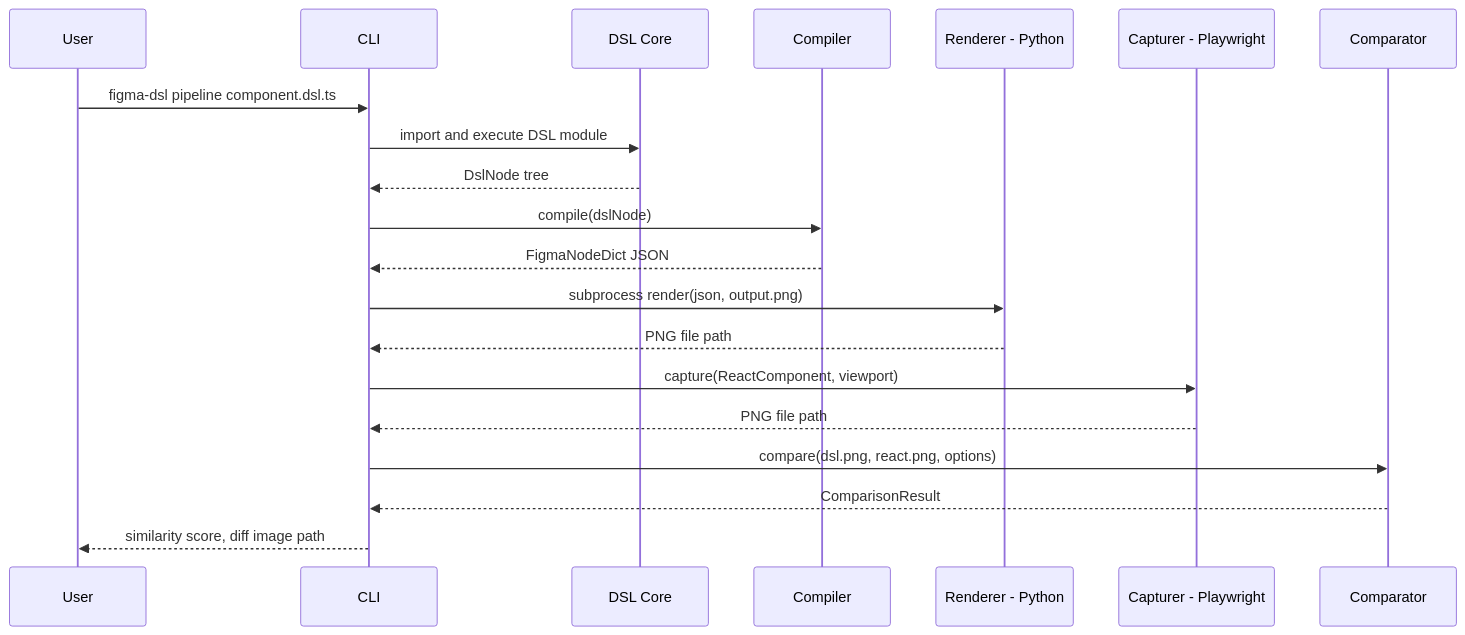
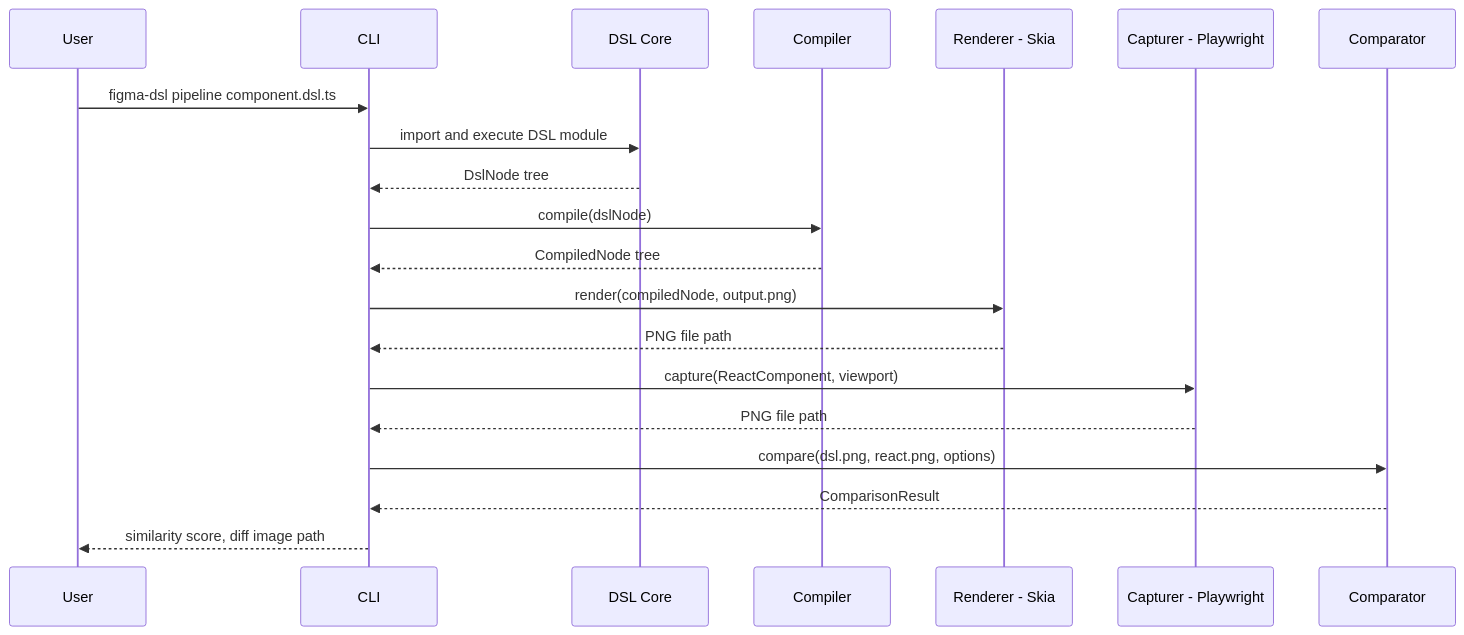
One commit to TETRA2000/figma-component-dsl changed the second of 4 diagrams in .kiro/specs/figma-component-dsl/design.md. Above: the diagram before and after it, drawn with Mermaid. The commit also changed other lines of this file and 2 other files, not shown here.

First line of the commit message:
Redesign architecture: all-TypeScript pipeline based on landscape research

````diff
--- a/.kiro/specs/figma-component-dsl/design.md
+++ b/.kiro/specs/figma-component-dsl/design.md
@@ -118,23 +118,23 @@
 ```mermaid
 sequenceDiagram
     participant User
     participant CLI
     participant DSL as DSL Core
     participant Compiler
-    participant Renderer as Renderer - Python
+    participant Renderer as Renderer - Skia
     participant Capturer as Capturer - Playwright
     participant Comparator
 
     User->>CLI: figma-dsl pipeline component.dsl.ts
     CLI->>DSL: import and execute DSL module
     DSL-->>CLI: DslNode tree
     CLI->>Compiler: compile(dslNode)
-    Compiler-->>CLI: FigmaNodeDict JSON
-    CLI->>Renderer: subprocess render(json, output.png)
+    Compiler-->>CLI: CompiledNode tree
+    CLI->>Renderer: render(compiledNode, output.png)
     Renderer-->>CLI: PNG file path
     CLI->>Capturer: capture(ReactComponent, viewport)
     Capturer-->>CLI: PNG file path
     CLI->>Comparator: compare(dsl.png, react.png, options)
     Comparator-->>CLI: ComparisonResult
     CLI-->>User: similarity score, diff image path
 ```
````
